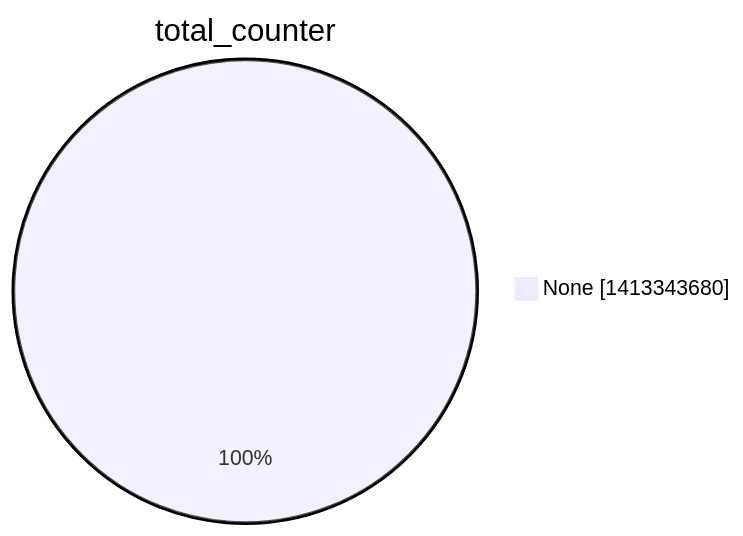
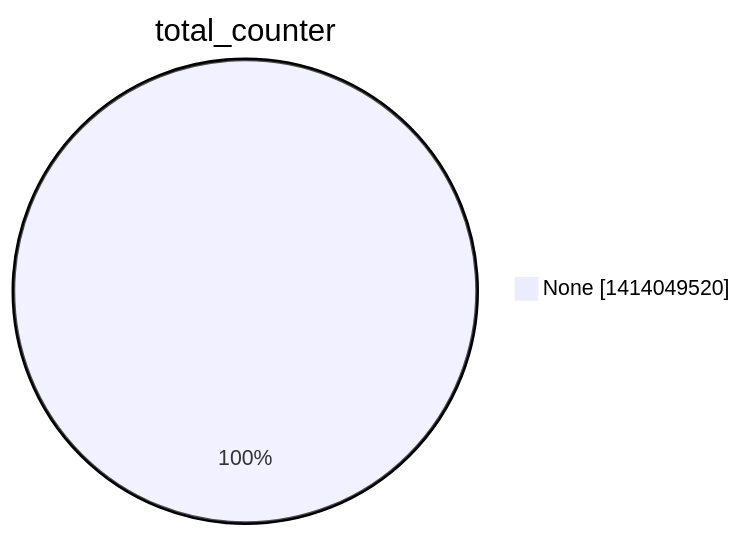
The second of 15 diagrams in argon2022/README.md (christiankrug/ctmonitor_visualization), drawn with Mermaid before and after one commit. The commit also changed other lines of this file, not shown here.

````diff
--- a/argon2022/README.md
+++ b/argon2022/README.md
@@ -9,5 +9,5 @@
 ```mermaid
 pie showData
 title total_counter
-"None" :1413343680
+"None" :1414049520
 ```
````
